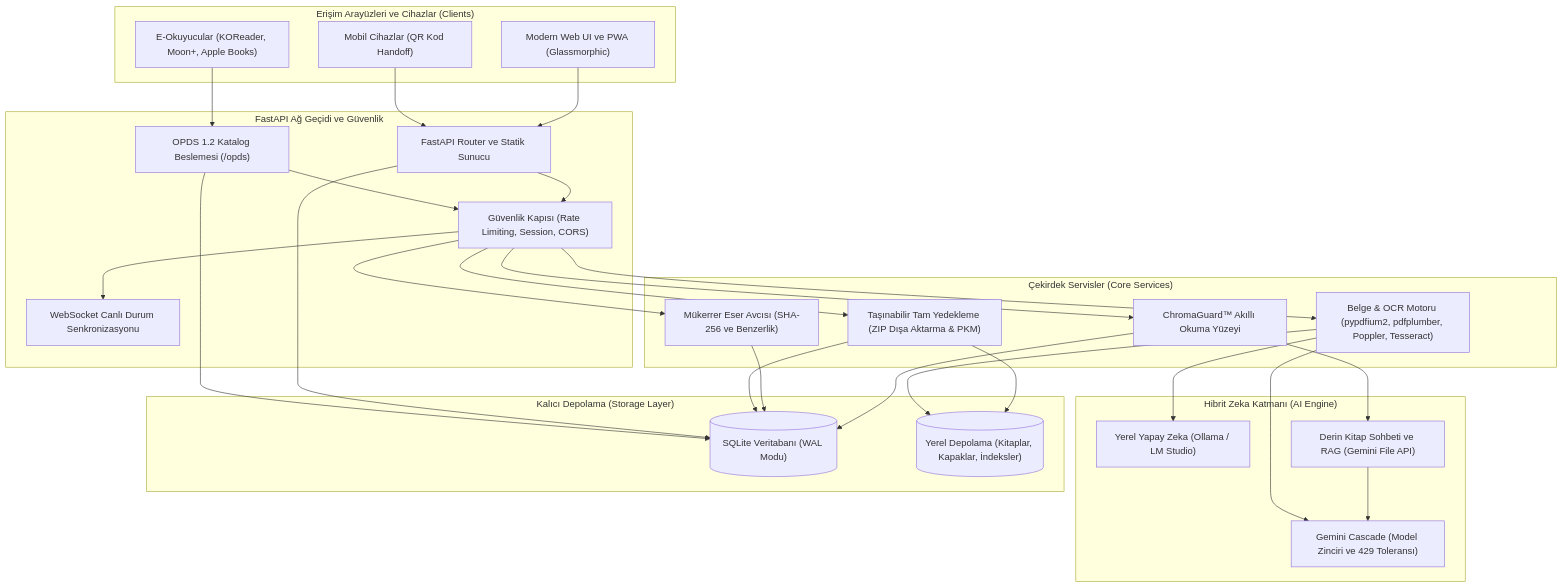
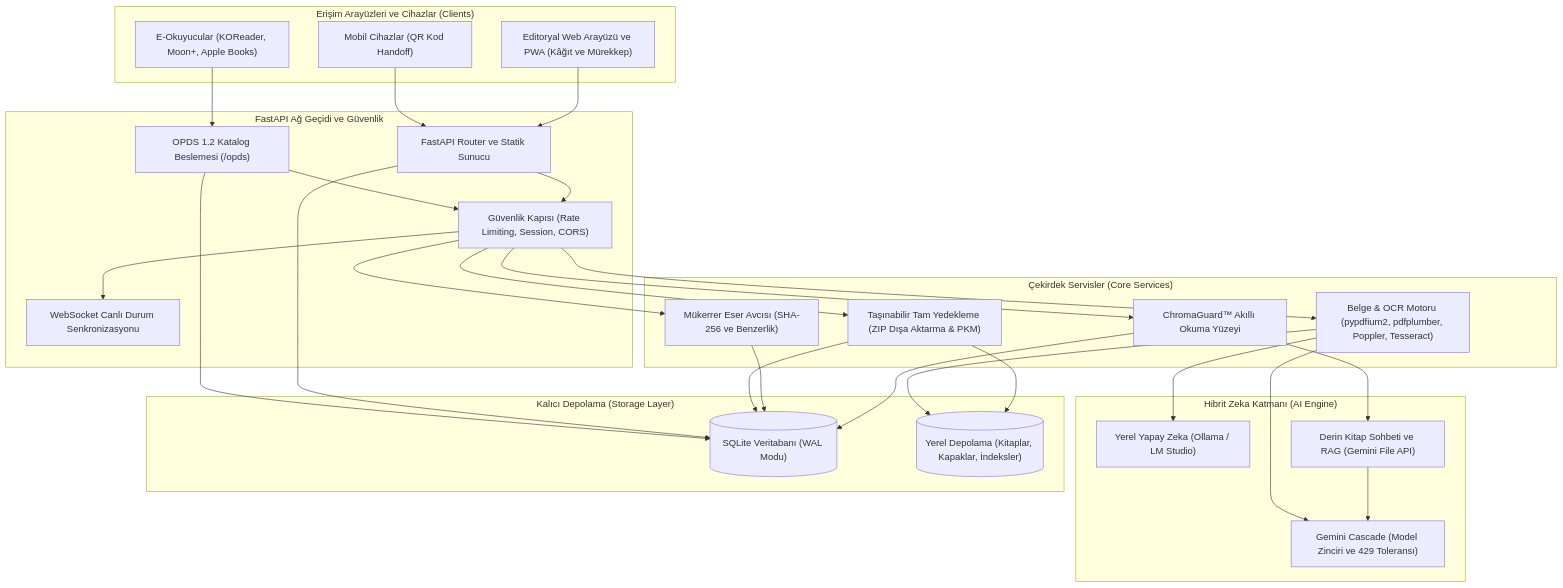
One commit to fatih1enes/Dijital-D-t-phanen changed the diagram in README.md. Above: the diagram before and after it, drawn with Mermaid. The commit also changed other lines of this file and 2 other files, not shown here.

Commit message:
docs: MOTION_NOTES, CHANGELOG ve README editoryal kimlik güncellemesi

````diff
--- a/README.md
+++ b/README.md
@@ -18,59 +18,59 @@
 ```mermaid
 flowchart TD
     subgraph Clients["Erişim Arayüzleri ve Cihazlar (Clients)"]
-        WEB["Modern Web UI ve PWA (Glassmorphic)"]
+        WEB["Editoryal Web Arayüzü ve PWA (Kâğıt ve Mürekkep)"]
         OPDS_CLIENTS["E-Okuyucular (KOReader, Moon+, Apple Books)"]
         MOBILE_HANDOFF["Mobil Cihazlar (QR Kod Handoff)"]
     end
 
     subgraph Gateway["FastAPI Ağ Geçidi ve Güvenlik"]
         ROUTER["FastAPI Router ve Statik Sunucu"]
         SECURITY["Güvenlik Kapısı (Rate Limiting, Session, CORS)"]
         OPDS_FEED["OPDS 1.2 Katalog Beslemesi (/opds)"]
         WS_SYNC["WebSocket Canlı Durum Senkronizasyonu"]
     end
 
     subgraph CoreServices["Çekirdek Servisler (Core Services)"]
         CHROMA["ChromaGuard™ Akıllı Okuma Yüzeyi"]
         DEDUP["Mükerrer Eser Avcısı (SHA-256 ve Benzerlik)"]
         BACKUP["Taşınabilir Tam Yedekleme (ZIP Dışa Aktarma & PKM)"]
         DOC_PROC["Belge & OCR Motoru (pypdfium2, pdfplumber, Poppler, Tesseract)"]
     end
 
     subgraph AIEngine["Hibrit Zeka Katmanı (AI Engine)"]
         CASCADE["Gemini Cascade (Model Zinciri ve 429 Toleransı)"]
         LOCAL_LLM["Yerel Yapay Zeka (Ollama / LM Studio)"]
         DEEP_CHAT["Derin Kitap Sohbeti ve RAG (Gemini File API)"]
     end
 
     subgraph Storage["Kalıcı Depolama (Storage Layer)"]
         DB[("SQLite Veritabanı (WAL Modu)")]
         STORAGE[("Yerel Depolama (Kitaplar, Kapaklar, İndeksler)")]
     end
 
     WEB --> ROUTER
     MOBILE_HANDOFF --> ROUTER
     OPDS_CLIENTS --> OPDS_FEED
 
     ROUTER --> SECURITY
     OPDS_FEED --> SECURITY
 
     SECURITY --> CHROMA
     SECURITY --> DEDUP
     SECURITY --> BACKUP
     SECURITY --> DOC_PROC
     SECURITY --> WS_SYNC
 
     CHROMA --> DEEP_CHAT
     DEEP_CHAT --> CASCADE
     DOC_PROC --> CASCADE
     DOC_PROC --> LOCAL_LLM
 
     CHROMA --> DB
     DEDUP --> DB
     BACKUP --> DB
     BACKUP --> STORAGE
     DOC_PROC --> STORAGE
     ROUTER --> DB
     OPDS_FEED --> DB
 ```
````
